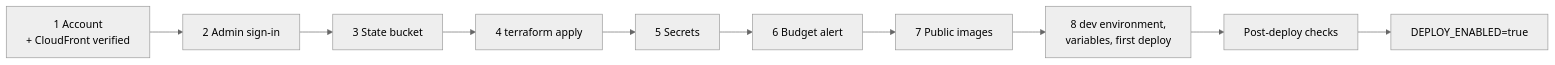
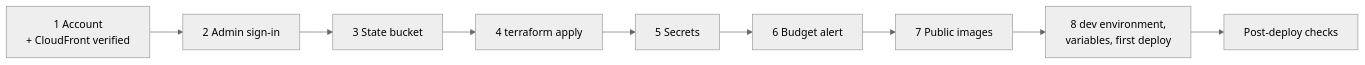
One commit to njabulozmnisi/disputedesk changed the diagram in infra/terraform/README.md. Above: the diagram before and after it, drawn with Mermaid (neutral theme). The commit also changed other lines of this file and 10 other files, not shown here.

````diff
--- a/infra/terraform/README.md
+++ b/infra/terraform/README.md
@@ -15,6 +15,6 @@
 ```mermaid
 flowchart LR
     S1[1 Account<br/>+ CloudFront verified] --> S2[2 Admin sign-in] --> S3[3 State bucket] --> S4[4 terraform apply]
     S4 --> S5[5 Secrets] --> S6[6 Budget alert] --> S7[7 Public images] --> S8[8 dev environment,<br/>variables, first deploy]
-    S8 --> C[Post-deploy checks] --> ON[DEPLOY_ENABLED=true]
+    S8 --> C[Post-deploy checks]
 ```
````
